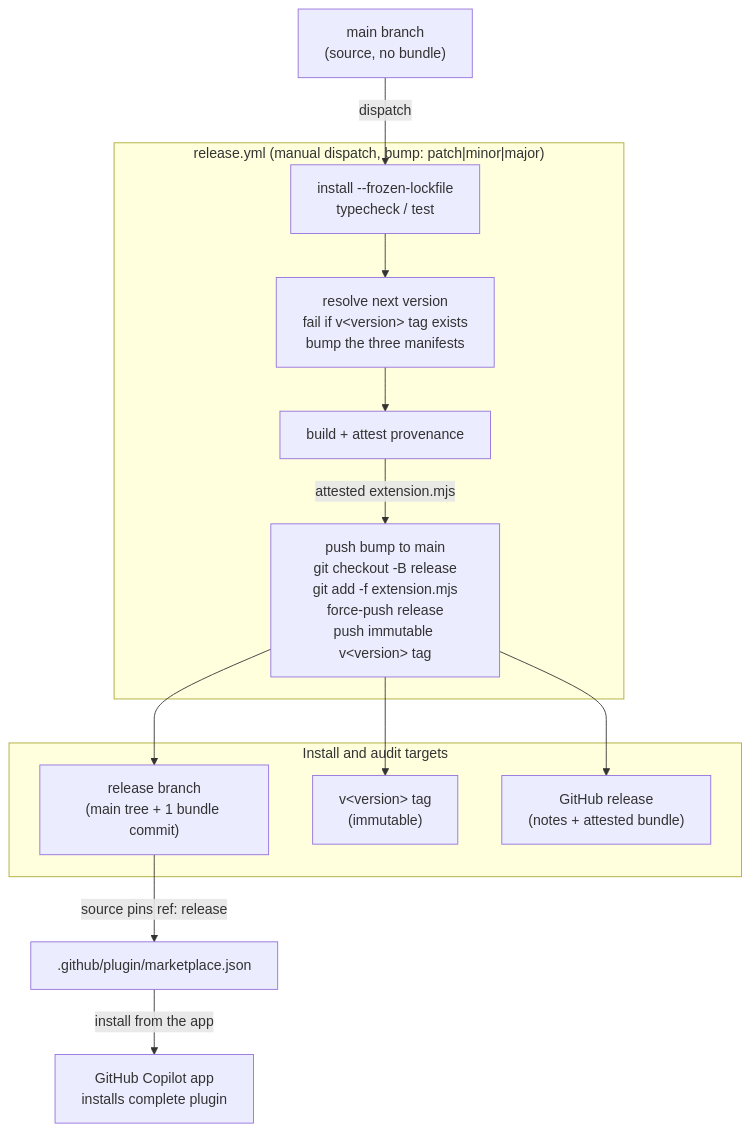
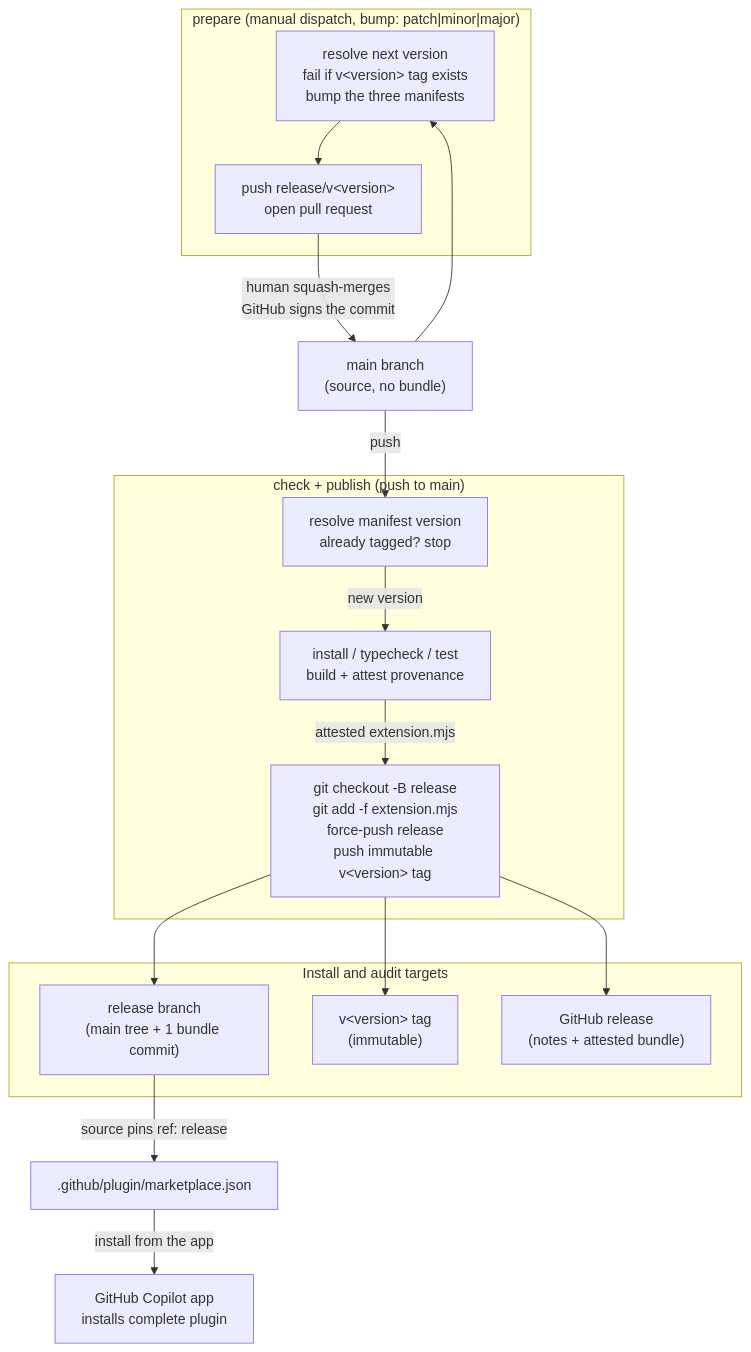
The second of 2 diagrams in docs/architecture/plugin-packaging-and-publishing.md (radius-project/ai-extensions), drawn with Mermaid before and after one commit. The commit also changed other lines of this file and 4 other files, not shown here.

Commit message:
refactor: update release workflow to use version bump pull requests and improve documentation

````diff
--- a/docs/architecture/plugin-packaging-and-publishing.md
+++ b/docs/architecture/plugin-packaging-and-publishing.md
@@ -74,27 +80,33 @@
 ```mermaid
 graph TD
-    subgraph CI["release.yml (manual dispatch, bump: patch|minor|major)"]
-        Steps["install --frozen-lockfile<br/>typecheck / test"]
+    subgraph Prepare["prepare (manual dispatch, bump: patch|minor|major)"]
         Version["resolve next version<br/>fail if v&lt;version&gt; tag exists<br/>bump the three manifests"]
-        BuildStep["build + attest provenance"]
-        Assemble["push bump to main<br/>git checkout -B release<br/>git add -f extension.mjs<br/>force-push release<br/>push immutable v&lt;version&gt; tag"]
+        PR["push release/v&lt;version&gt;<br/>open pull request"]
     end
 
-    Main["main branch<br/>(source, no bundle)"] -->|dispatch| Steps
-    Steps --> Version
-    Version --> BuildStep
+    subgraph Publish["check + publish (push to main)"]
+        Check["resolve manifest version<br/>already tagged? stop"]
+        BuildStep["install / typecheck / test<br/>build + attest provenance"]
+        Assemble["git checkout -B release<br/>git add -f extension.mjs<br/>force-push release<br/>push immutable v&lt;version&gt; tag"]
+    end
+
+    Main["main branch<br/>(source, no bundle)"] --> Version
+    Version --> PR
+    PR -->|human squash-merges<br/>GitHub signs the commit| Main
+    Main -->|push| Check
+    Check -->|new version| BuildStep
     BuildStep -->|attested extension.mjs| Assemble
 
     subgraph Published["Install and audit targets"]
         Release["release branch<br/>(main tree + 1 bundle commit)"]
         Tag["v&lt;version&gt; tag<br/>(immutable)"]
         GHRelease["GitHub release<br/>(notes + attested bundle)"]
     end
 
     Assemble --> Release
     Assemble --> Tag
     Assemble --> GHRelease
 
     Release -->|source pins ref: release| MP[".github/plugin/marketplace.json"]
     MP -->|install from the app| Install["GitHub Copilot app<br/>installs complete plugin"]
 ```
````
